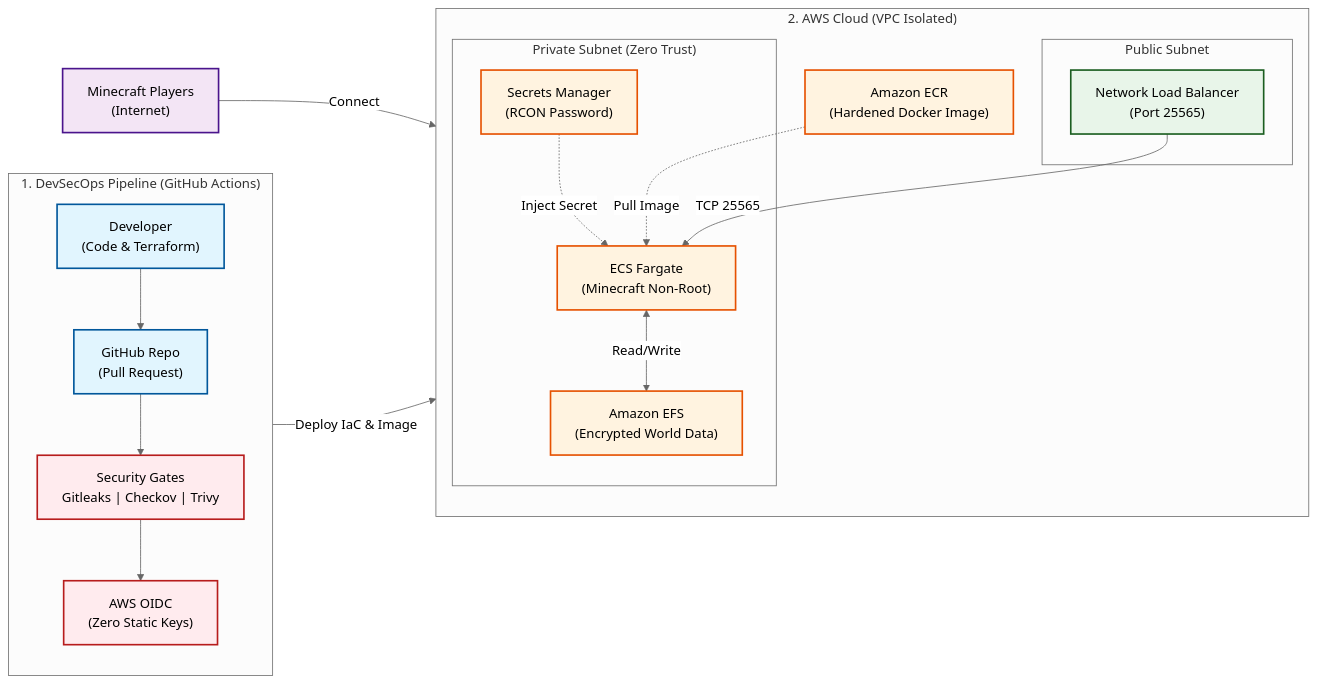
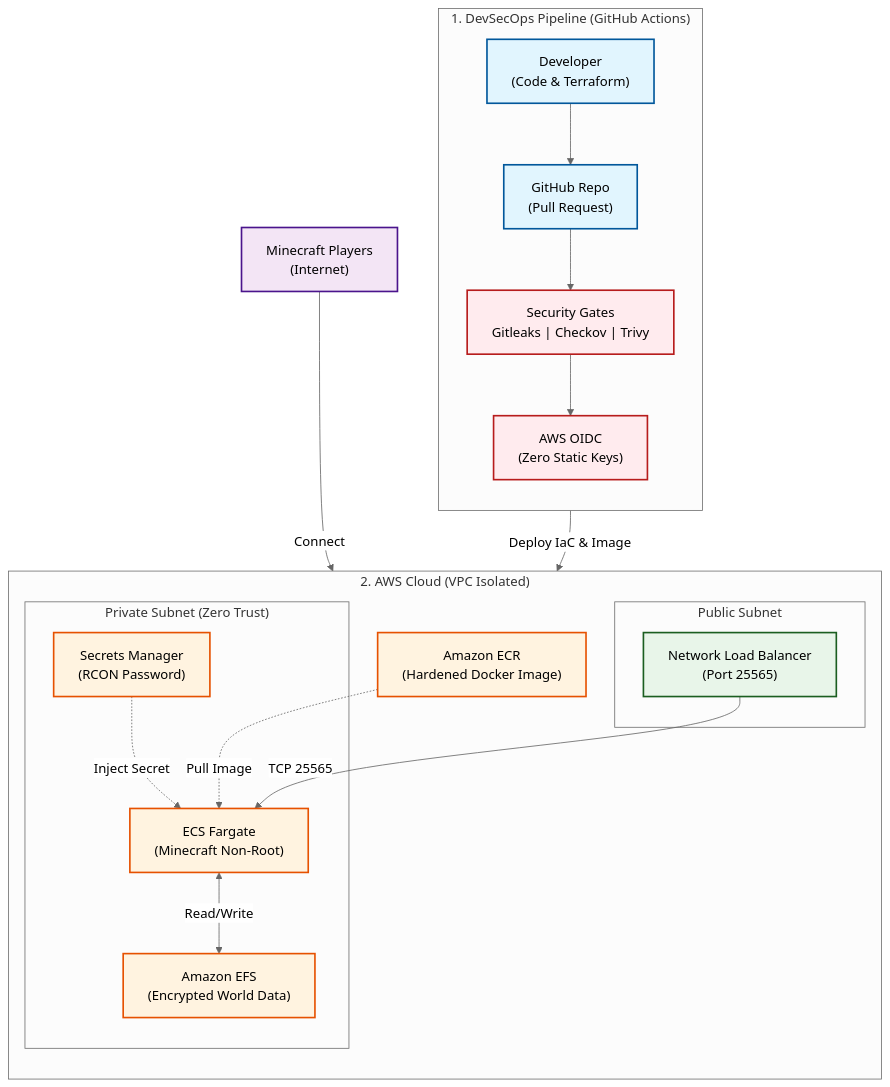
The diagram in README.md (dansfog/Final_Project), drawn with Mermaid (neutral theme) before and after one commit.

Commit message:
Change flowchart direction in README.md
Updated flowchart direction from LR to TD.

````diff
--- a/README.md
+++ b/README.md
@@ -1,43 +1,43 @@
 ```mermaid
-flowchart LR
+flowchart TD
     classDef dev fill:#e1f5fe,stroke:#01579b,stroke-width:2px,color:#000
     classDef sec fill:#ffebee,stroke:#b71c1c,stroke-width:2px,color:#000
     classDef awsPublic fill:#e8f5e9,stroke:#1b5e20,stroke-width:2px,color:#000
     classDef awsPrivate fill:#fff3e0,stroke:#e65100,stroke-width:2px,color:#000
     classDef player fill:#f3e5f5,stroke:#4a148c,stroke-width:2px,color:#000
 
     subgraph CI_CD ["1. DevSecOps Pipeline (GitHub Actions)"]
         direction TB
         Dev["Developer<br/>(Code & Terraform)"]:::dev
         Git["GitHub Repo<br/>(Pull Request)"]:::dev
         Scan["Security Gates<br/>Gitleaks | Checkov | Trivy"]:::sec
         OIDC["AWS OIDC<br/>(Zero Static Keys)"]:::sec
 
         Dev --> Git --> Scan --> OIDC
     end
 
     subgraph AWS ["2. AWS Cloud (VPC Isolated)"]
         direction TB
         ECR["Amazon ECR<br/>(Hardened Docker Image)"]:::awsPrivate
         
         subgraph Public_Sub ["Public Subnet"]
             NLB["Network Load Balancer<br/>(Port 25565)"]:::awsPublic
         end
 
         subgraph Private_Sub ["Private Subnet (Zero Trust)"]
             ECS["ECS Fargate<br/>(Minecraft Non-Root)"]:::awsPrivate
             EFS["Amazon EFS<br/>(Encrypted World Data)"]:::awsPrivate
             SecMgr["Secrets Manager<br/>(RCON Password)"]:::awsPrivate
         end
 
         ECR -.->|Pull Image| ECS
         NLB -->|TCP 25565| ECS
         ECS <-->|Read/Write| EFS
         SecMgr -.->|Inject Secret| ECS
     end
 
     Player["Minecraft Players<br/>(Internet)"]:::player
 
     OIDC -->|Deploy IaC & Image| AWS
     Player -->|Connect| NLB
 ```
````
